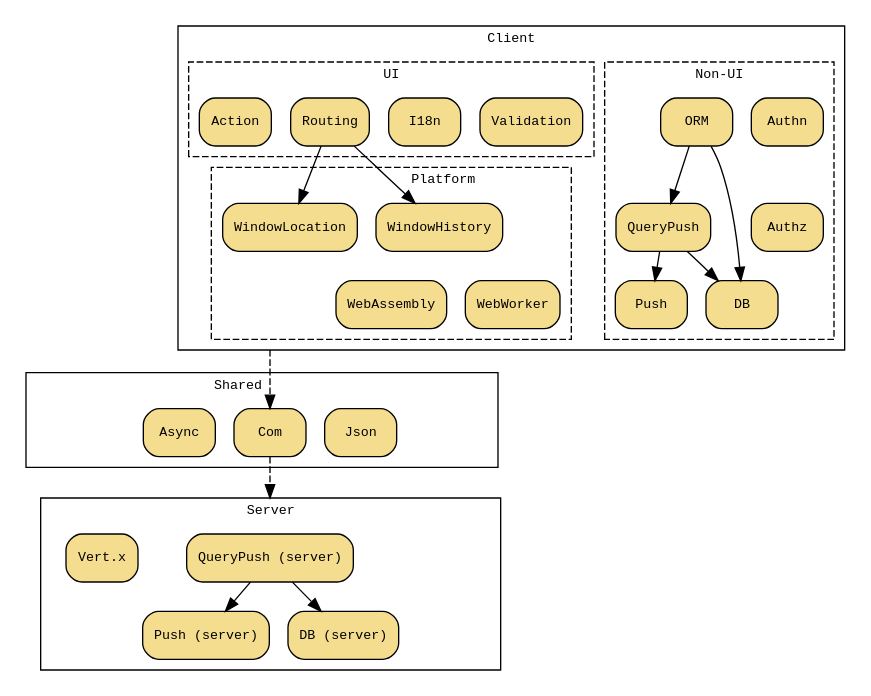
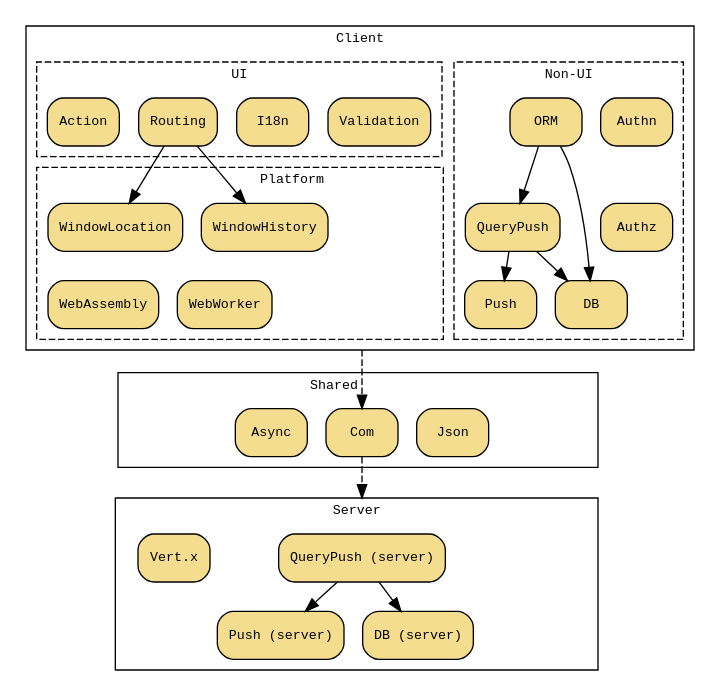
Before and after one commit to webfx-project/webfx-docs: the diagram in src/main/asciidoc/webfx-stack/webfx-stack.adoc, drawn with Graphviz.

Commit message:
Fixed wrong Graphviz layout on GitHub workflow

```diff
--- a/src/main/asciidoc/webfx-stack/webfx-stack.adoc
+++ b/src/main/asciidoc/webfx-stack/webfx-stack.adoc
@@ -51,13 +51,13 @@
 
             WindowHistory
             WindowLocation
-            PBR [label="PBRRRRRRR",style=invis]
+            PBR [label="PBRRRRRRRRRRRRR",style=invis]
             WebAssembly
             WebWorker
 
             {rank=same WindowHistory WindowLocation}
             {rank=same PBR WebAssembly WebWorker}
-            PBR -> WebAssembly -> WebWorker [style=invis]
+            WebAssembly -> WebWorker -> PBR [style=invis]
             WindowHistory -> WebAssembly [style=invis]
         }
 
@@ -70,7 +70,7 @@
         Async
         Com
         Json
-        R [label="",style=invis]
+        R [label="RRRRRRR",style=invis]
 
         {rank=same L Async Json Com R}
         L -> Async -> Com -> Json -> R [style=invis]
@@ -83,9 +83,9 @@
         PushS [label="Push (server)"]
         QueryPushS [label="QueryPush (server)"]
         Vertx [label="Vert.x"]
-        BL [style=invis]
         TR [style=invis]
-        BR [style=invis]
+        BL [style=invis;label="LLLLLL"]
+        BR [style=invis;label="RRRRRRRRR"]
 
         TR -> BR [style=invis]
         {rank=same Vertx QueryPushS TR}
```
